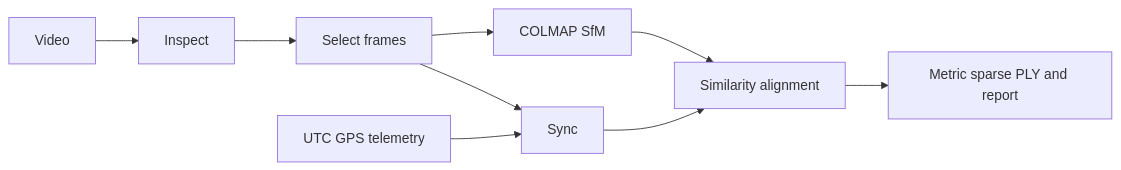
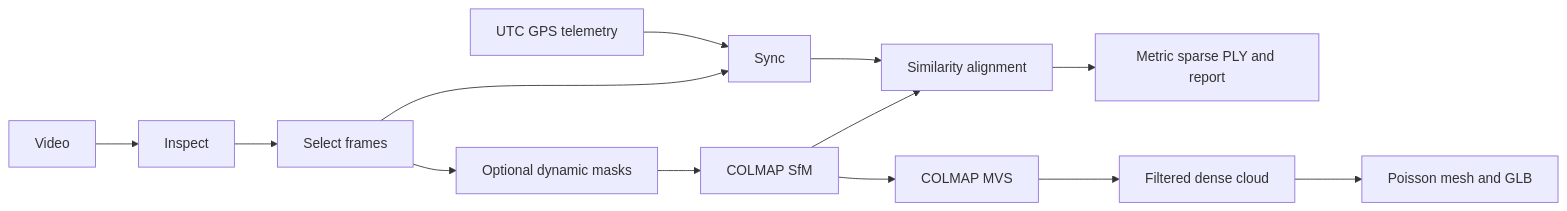
Before and after one commit to Tanishk756/SinglePass3D: the diagram in docs/architecture.md, drawn with Mermaid. The commit also changed other lines of this file and 12 other files, not shown here.

````diff
--- a/docs/architecture.md
+++ b/docs/architecture.md
@@ -5,11 +5,15 @@
 ```mermaid
 flowchart LR
   V[Video] --> I[Inspect]
   I --> F[Select frames]
   T[UTC GPS telemetry] --> S[Sync]
   F --> S
-  F --> C[COLMAP SfM]
+  F --> M[Optional dynamic masks]
+  M --> C[COLMAP SfM]
   C --> A[Similarity alignment]
   S --> A
   A --> R[Metric sparse PLY and report]
+  C --> D[COLMAP MVS]
+  D --> P[Filtered dense cloud]
+  P --> G[Poisson mesh and GLB]
 ```
````
